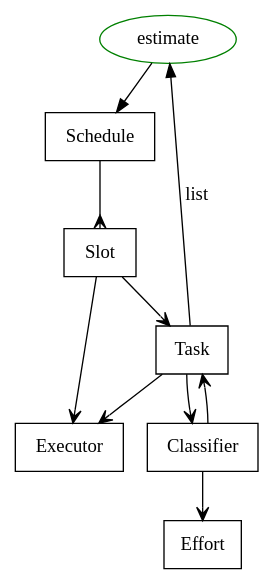
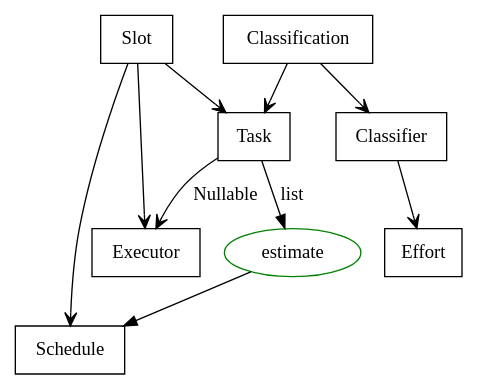
One commit to knowark/estimark changed the diagram in docs/architecture/domain.rst. Above: the diagram before and after it, drawn with Graphviz. The commit also changed 3 other files, not shown here.

```diff
--- a/docs/architecture/domain.rst
+++ b/docs/architecture/domain.rst
@@ -5,37 +5,38 @@
 .. graphviz::
 
    digraph {
 
     // Processes
     ////////////
 
     estimate [color=green]
    
     // Objects
     //////////
 
     Task [shape=box]
     Classifier [shape=box]
+    Classification [shape=box]
     Effort [shape=box]
     Executor [shape=box]
     Schedule [shape=box]
     Slot [shape=box]
 
     // Relations
     ////////////
 
     Task -> estimate [label=list]
     
     estimate -> Schedule
 
-    Task -> Executor [arrowhead=vee]
+    Task -> Executor [arrowhead=vee, label=Nullable]
     Classifier -> Effort [arrowhead=vee]
-    Schedule -> Slot [arrowhead=crow]
-
+    
     Slot -> Task [arrowhead=vee]
     Slot -> Executor [arrowhead=vee]
+    Slot -> Schedule [arrowhead=vee]
 
-    Task -> Classifier [arrowhead=vee]
-    Classifier -> Task [arrowhead=vee]
+    Classification -> Task [arrowhead=vee]
+    Classification -> Classifier [arrowhead=vee]
 
     }
```
